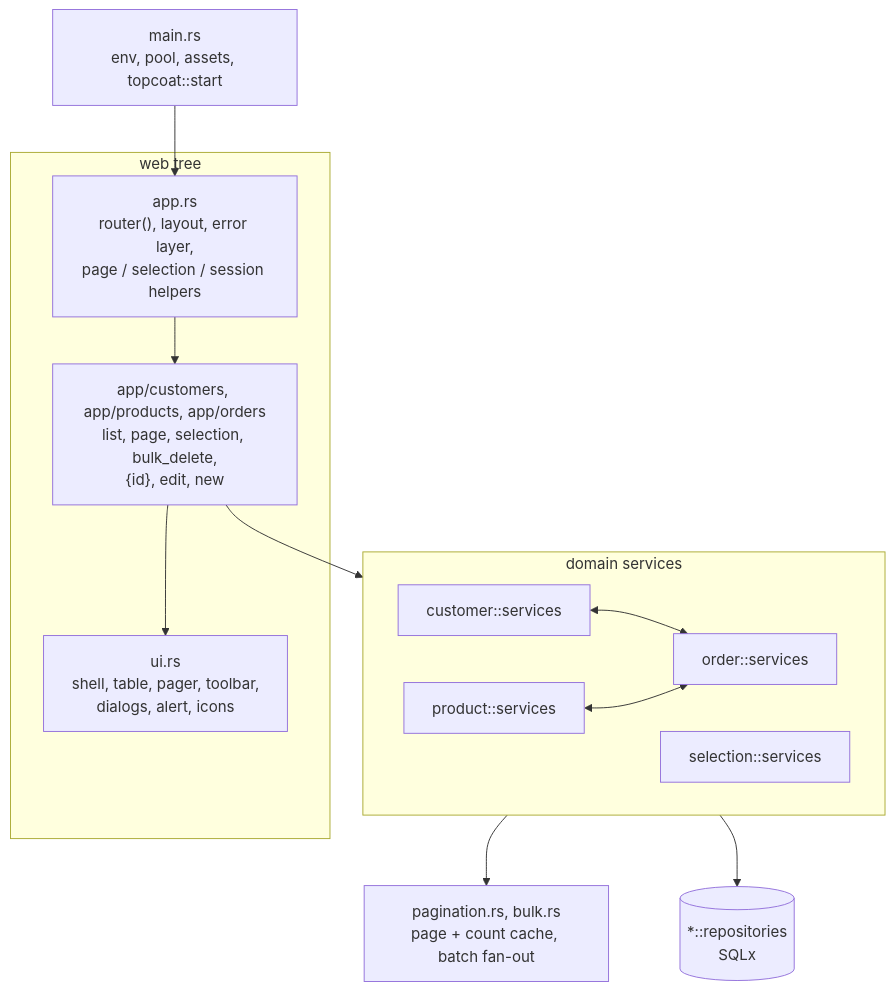
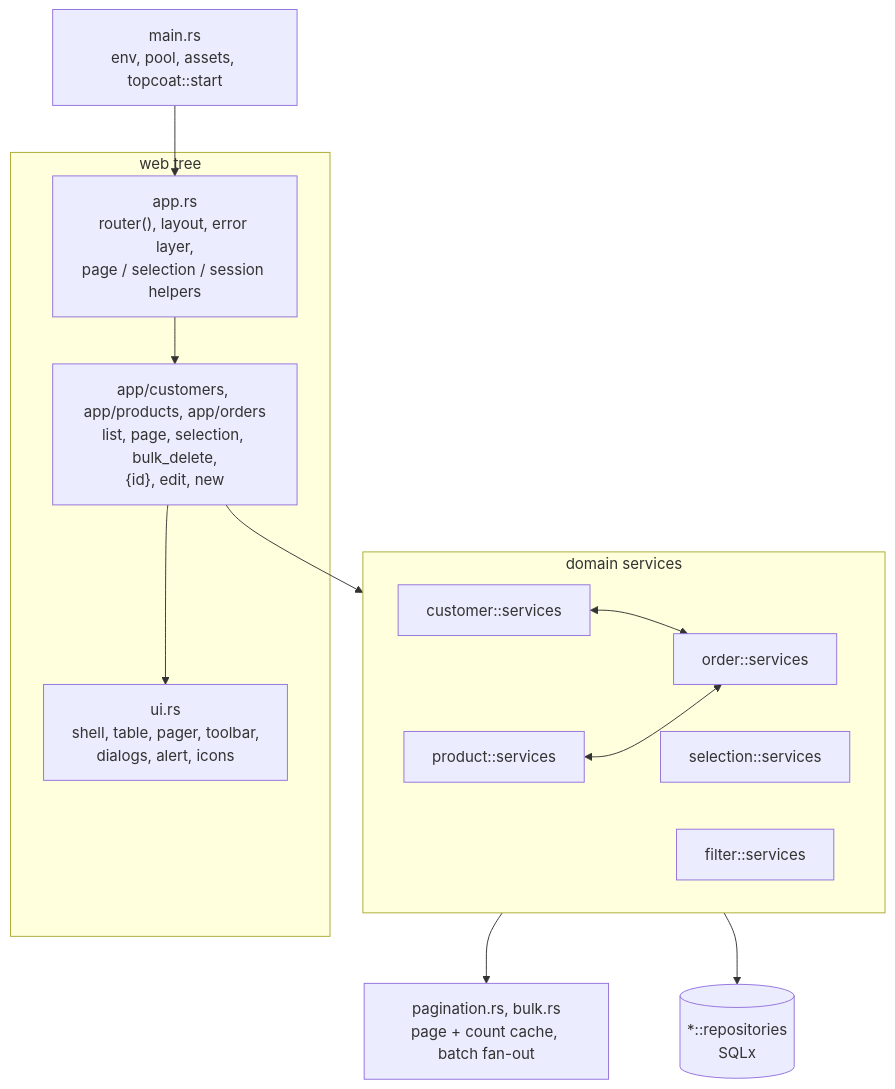
The third of 3 diagrams in docs/architecture.md (bunyawats/customer_crud_topcoat), drawn with Mermaid before and after one commit. The commit also changed other lines of this file and 67 other files, not shown here.

````diff
--- a/docs/architecture.md
+++ b/docs/architecture.md
@@ -77,27 +79,28 @@
 ```mermaid
 flowchart TB
     main["main.rs<br/>env, pool, assets, topcoat::start"] --> appmod
 
     subgraph Web["web tree"]
         appmod["app.rs<br/>router(), layout, error layer,<br/>page / selection / session helpers"]
         resources["app/customers, app/products, app/orders<br/>list, page, selection, bulk_delete,<br/>{id}, edit, new"]
         ui["ui.rs<br/>shell, table, pager, toolbar,<br/>dialogs, alert, icons"]
     end
 
     subgraph Services["domain services"]
         customer["customer::services"]
         product["product::services"]
         order["order::services"]
         selection["selection::services"]
+        filter["filter::services"]
     end
 
     helpers["pagination.rs, bulk.rs<br/>page + count cache, batch fan-out"]
     repos[("*::repositories<br/>SQLx")]
 
     appmod --> resources --> ui
     resources --> Services
     customer <--> order
     product <--> order
     Services --> helpers
     Services --> repos
 ```
````
